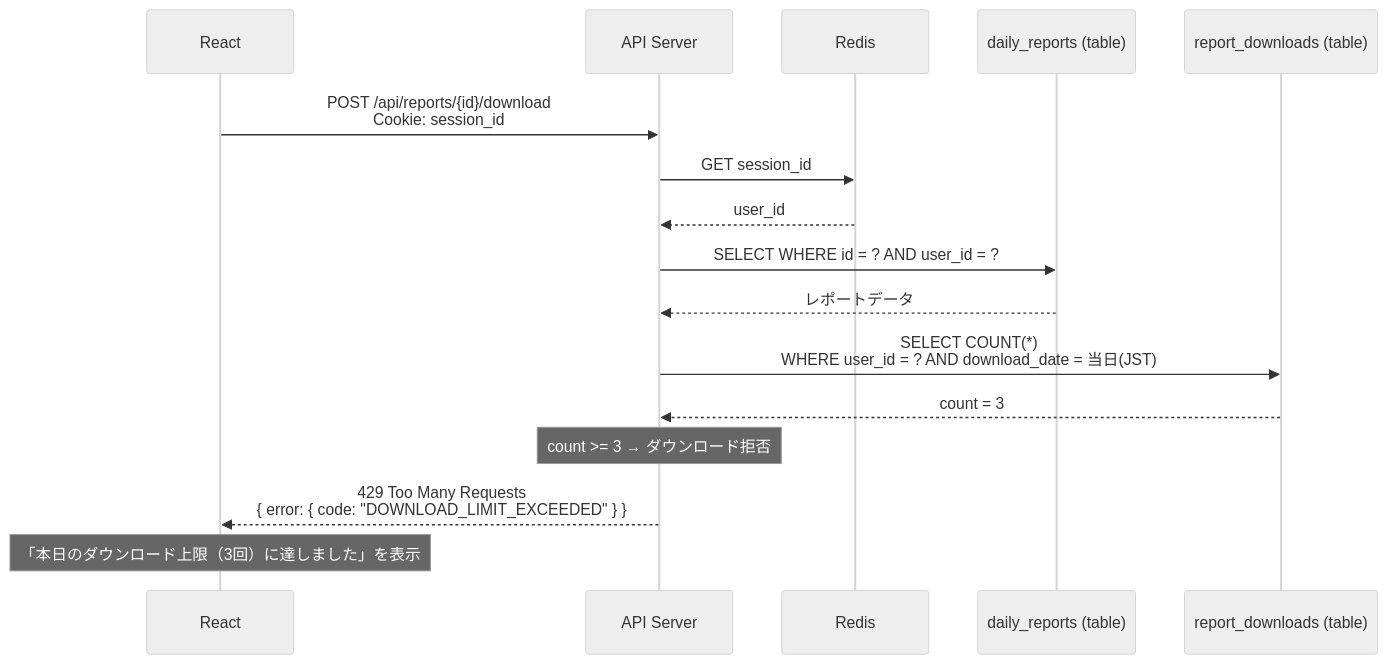
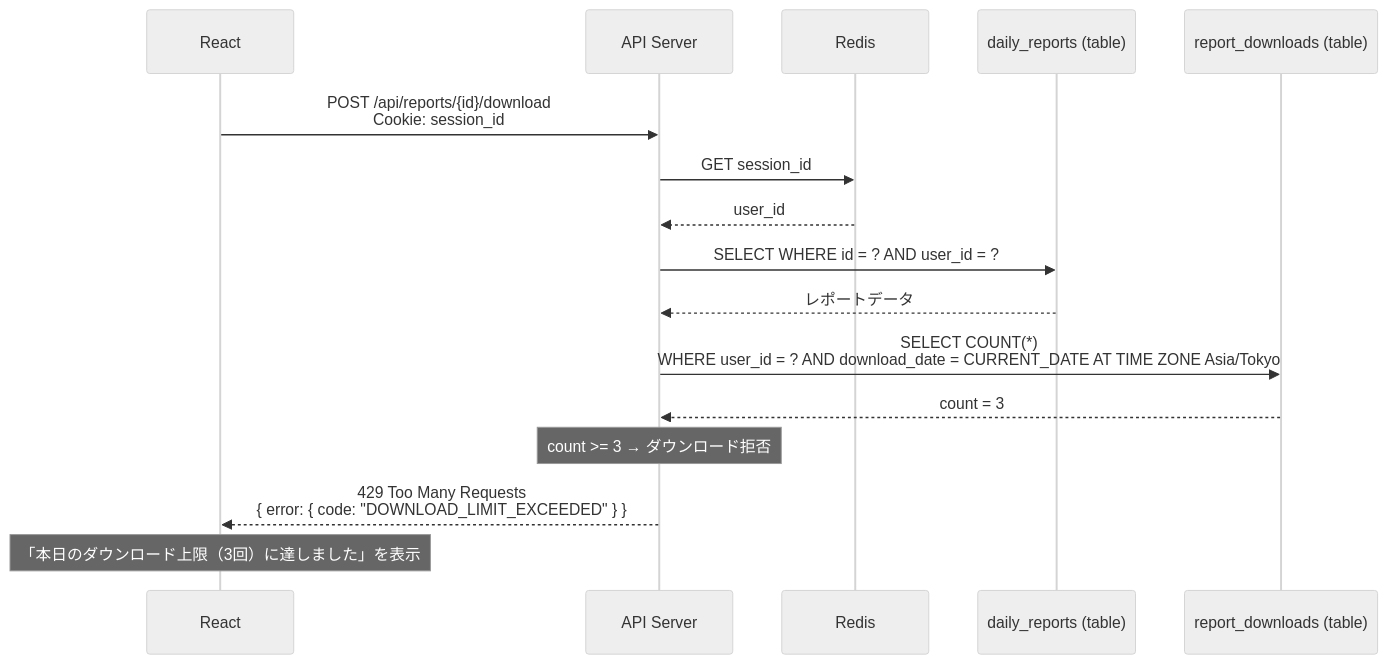
Before and after one commit to riaton/home-smart-factory: the sixth of 8 diagrams in basic_design/sequence/レポートダウンロード.md, drawn with Mermaid (neutral theme). The commit also changed other lines of this file and 7 other files, not shown here.

````diff
--- a/basic_design/sequence/レポートダウンロード.md
+++ b/basic_design/sequence/レポートダウンロード.md
@@ -152,23 +152,23 @@
 ```mermaid
 sequenceDiagram
     participant React as React
     participant API as API Server
     participant Redis as Redis
     participant Reports as daily_reports (table)
     participant Downloads as report_downloads (table)
 
     React->>API: POST /api/reports/{id}/download<br/>Cookie: session_id
     API->>Redis: GET session_id
     Redis-->>API: user_id
 
     API->>Reports: SELECT WHERE id = ? AND user_id = ?
     Reports-->>API: レポートデータ
 
-    API->>Downloads: SELECT COUNT(*)<br/>WHERE user_id = ? AND download_date = 当日(JST)
+    API->>Downloads: SELECT COUNT(*)<br/>WHERE user_id = ? AND download_date = CURRENT_DATE AT TIME ZONE Asia/Tokyo
     Downloads-->>API: count = 3
 
     Note over API: count >= 3 → ダウンロード拒否
 
     API-->>React: 429 Too Many Requests<br/>{ error: { code: "DOWNLOAD_LIMIT_EXCEEDED" } }
     Note over React: 「本日のダウンロード上限（3回）に達しました」を表示
 ```
````
